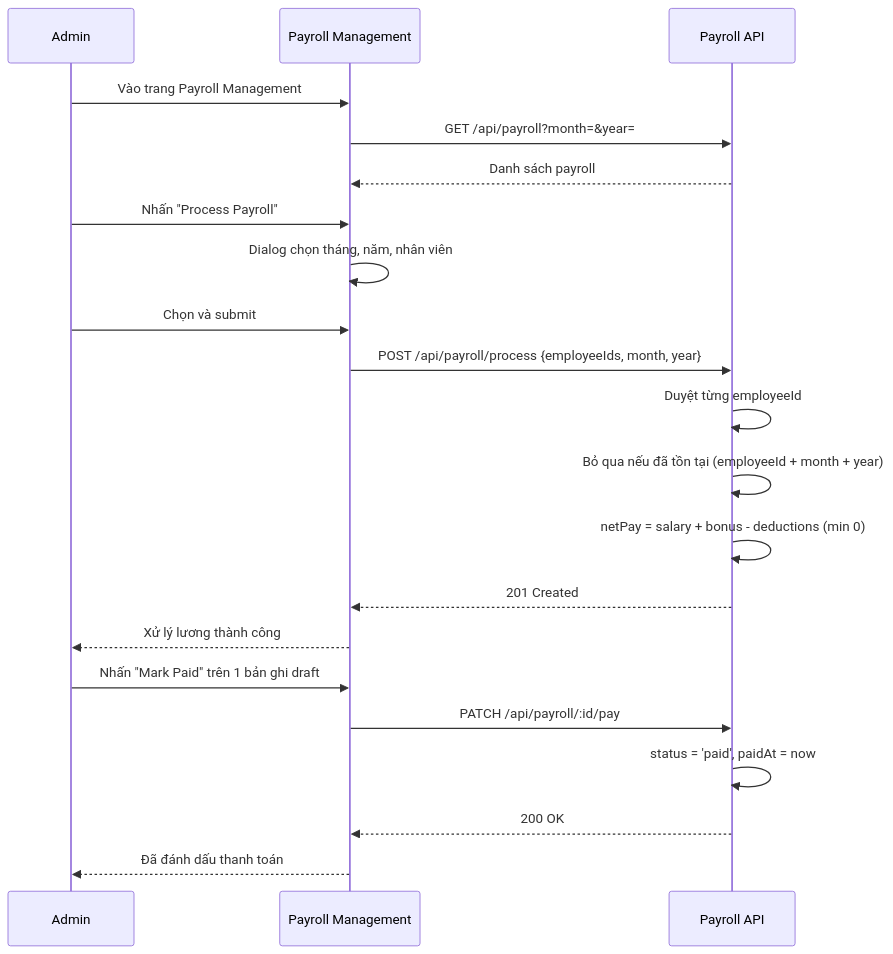
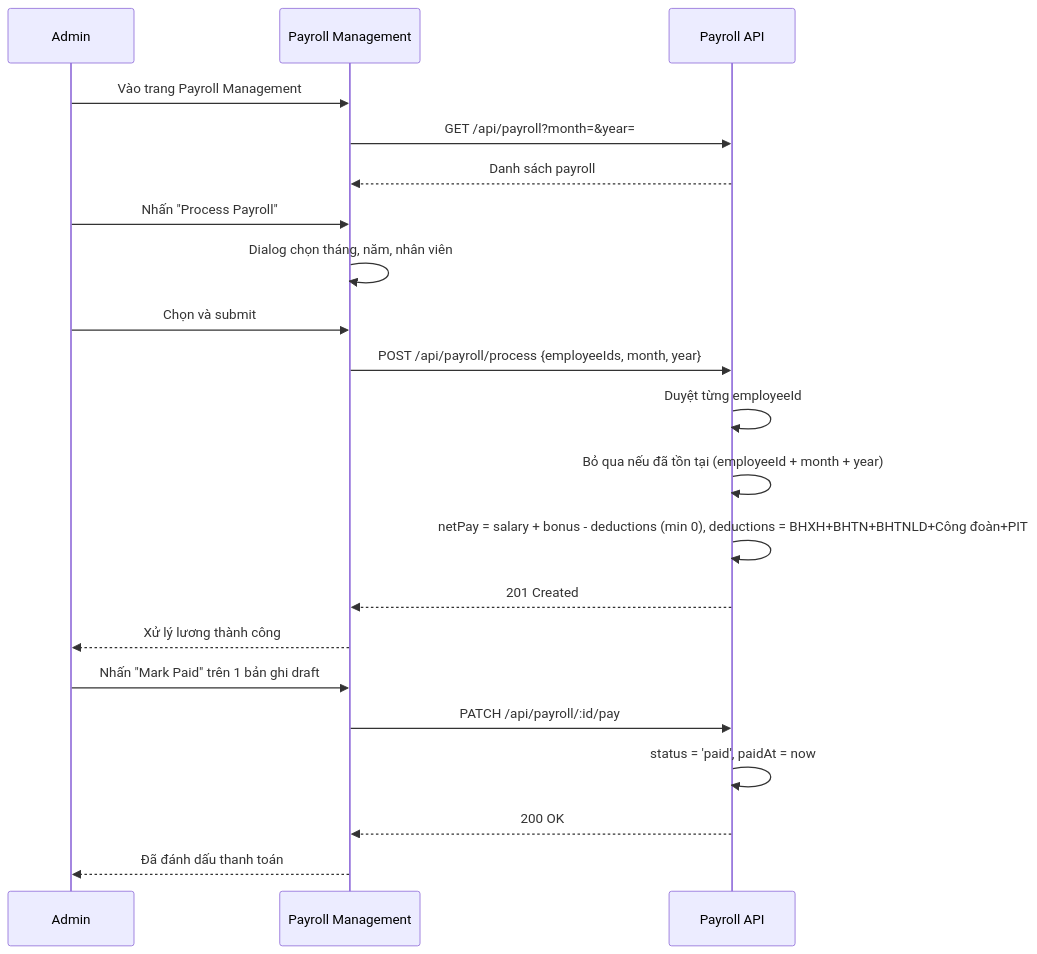
Before and after one commit to nghiaxh/hr-management: the tenth of 15 diagrams in docs/UC.md, drawn with Mermaid. The commit also changed other lines of this file and 8 other files, not shown here.

````diff
--- a/docs/UC.md
+++ b/docs/UC.md
@@ -603,26 +626,26 @@
 ```mermaid
 sequenceDiagram
     participant A as Admin
     participant UI as Payroll Management
     participant API as Payroll API
 
     A->>UI: Vào trang Payroll Management
     UI->>API: GET /api/payroll?month=&year=
     API-->>UI: Danh sách payroll
 
     A->>UI: Nhấn "Process Payroll"
     UI->>UI: Dialog chọn tháng, năm, nhân viên
     A->>UI: Chọn và submit
     UI->>API: POST /api/payroll/process {employeeIds, month, year}
     API->>API: Duyệt từng employeeId
     API->>API: Bỏ qua nếu đã tồn tại (employeeId + month + year)
-    API->>API: netPay = salary + bonus - deductions (min 0)
+    API->>API: netPay = salary + bonus - deductions (min 0), deductions = BHXH+BHTN+BHTNLD+Công đoàn+PIT
     API-->>UI: 201 Created
     UI-->>A: Xử lý lương thành công
 
     A->>UI: Nhấn "Mark Paid" trên 1 bản ghi draft
     UI->>API: PATCH /api/payroll/:id/pay
     API->>API: status = 'paid', paidAt = now
     API-->>UI: 200 OK
     UI-->>A: Đã đánh dấu thanh toán
 ```
````
